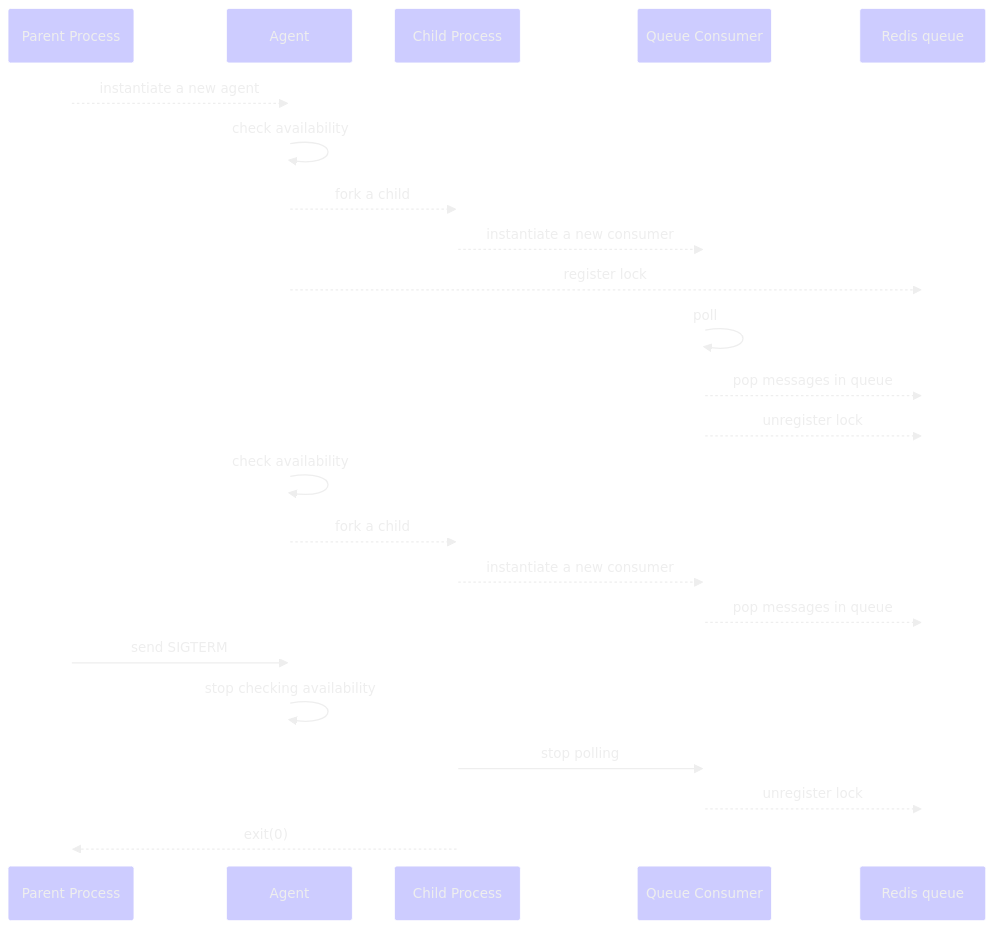
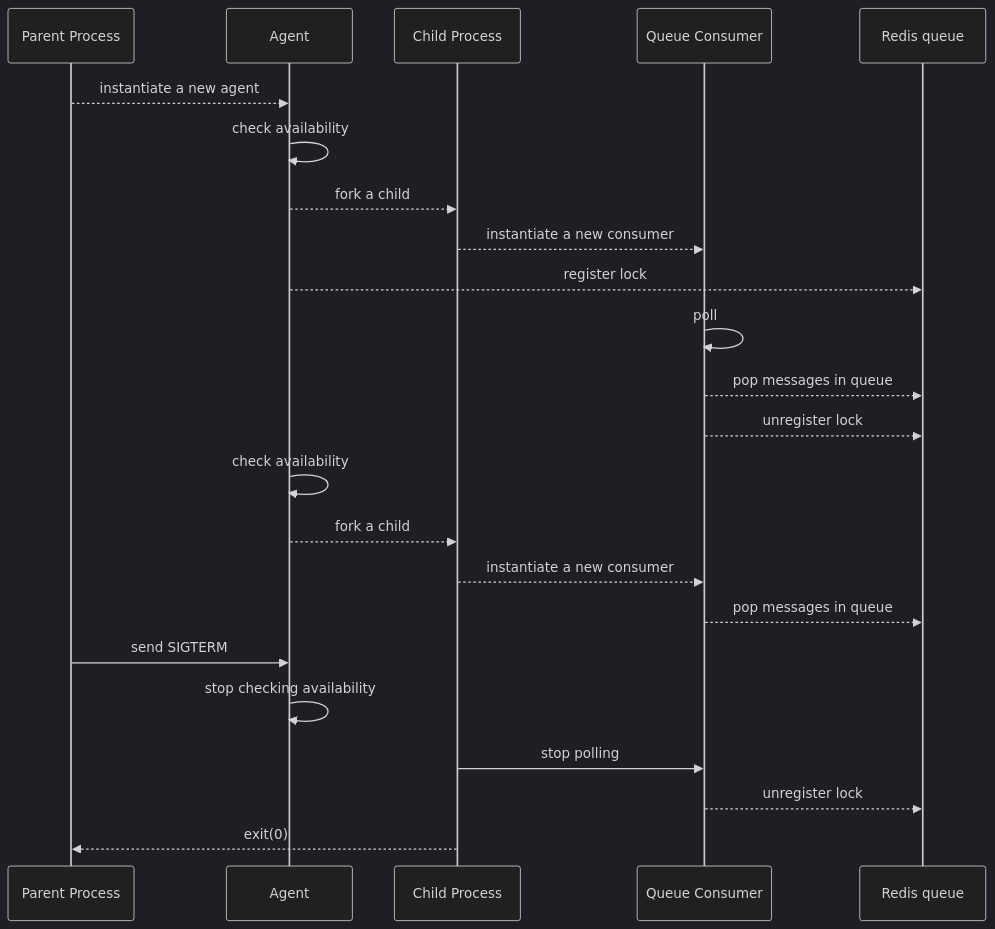
The third of 4 diagrams in _posts/2022-09-29-how-to-be-proud-of-an-experimentation.md (bbougon/bertrand-bougon.fr), drawn with Mermaid before and after one commit. The commit also changed other lines of this file, not shown here.

Commit message:
Use dark theme to render diagrams

````diff
--- a/_posts/2022-09-29-how-to-be-proud-of-an-experimentation.md
+++ b/_posts/2022-09-29-how-to-be-proud-of-an-experimentation.md
@@ -111,21 +111,21 @@
 ```mermaid!
-%%{init: {'theme': 'base', 'themeVariables': { 'darkMode': 'true', 'primaryColor': '#CDCCFF'}}}%%
+%%{init: {'theme': 'dark', 'themeVariables': { 'darkMode': 'true', 'primaryColor': '#CDCCFF'}}}%%
     sequenceDiagram
         Parent Process-->>Agent: instantiate a new agent
         Agent->>Agent: check availability
         Agent-->>Child Process: fork a child
         Child Process-->>Queue Consumer: instantiate a new consumer
         Agent-->>Redis queue: register lock
         Queue Consumer->>Queue Consumer: poll
         Queue Consumer-->>Redis queue: pop messages in queue
         Queue Consumer-->>Redis queue: unregister lock
         Agent->>Agent: check availability
         Agent-->>Child Process: fork a child
         Child Process-->>Queue Consumer: instantiate a new consumer
         Queue Consumer-->>Redis queue: pop messages in queue
         Parent Process->>Agent: send SIGTERM
         Agent->>Agent: stop checking availability
         Child Process->>Queue Consumer: stop polling
         Queue Consumer-->>Redis queue: unregister lock
         Child Process-->>Parent Process: exit(0)
 ```
````
